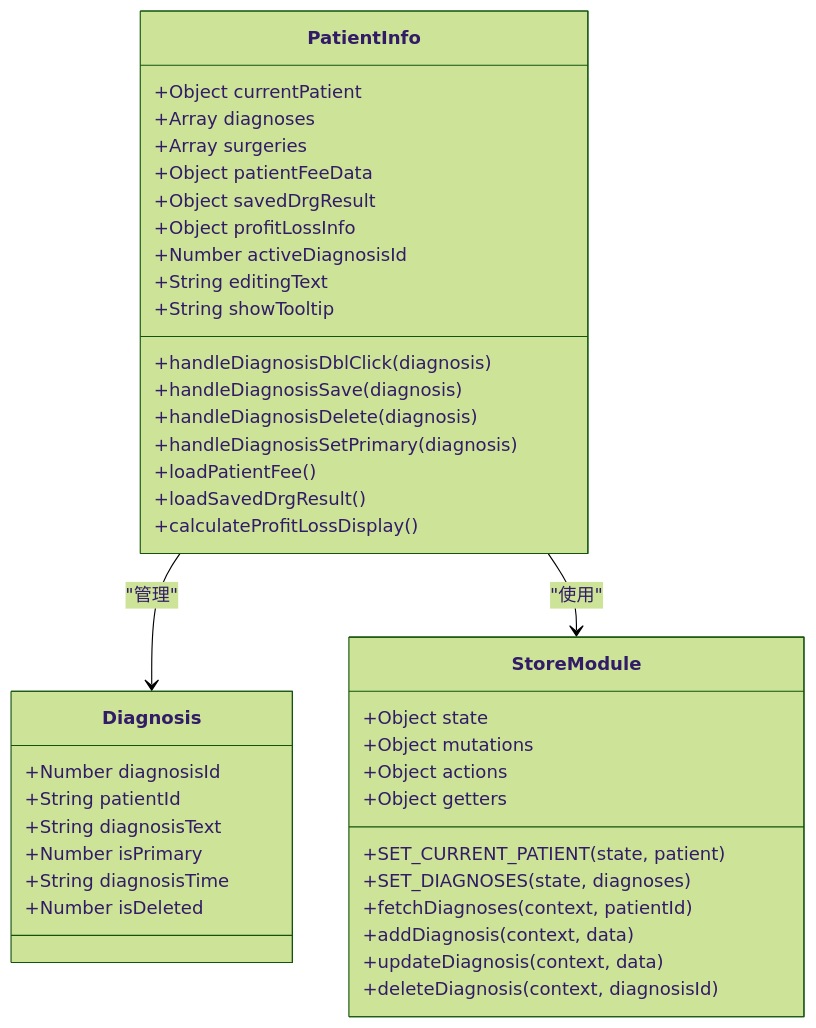
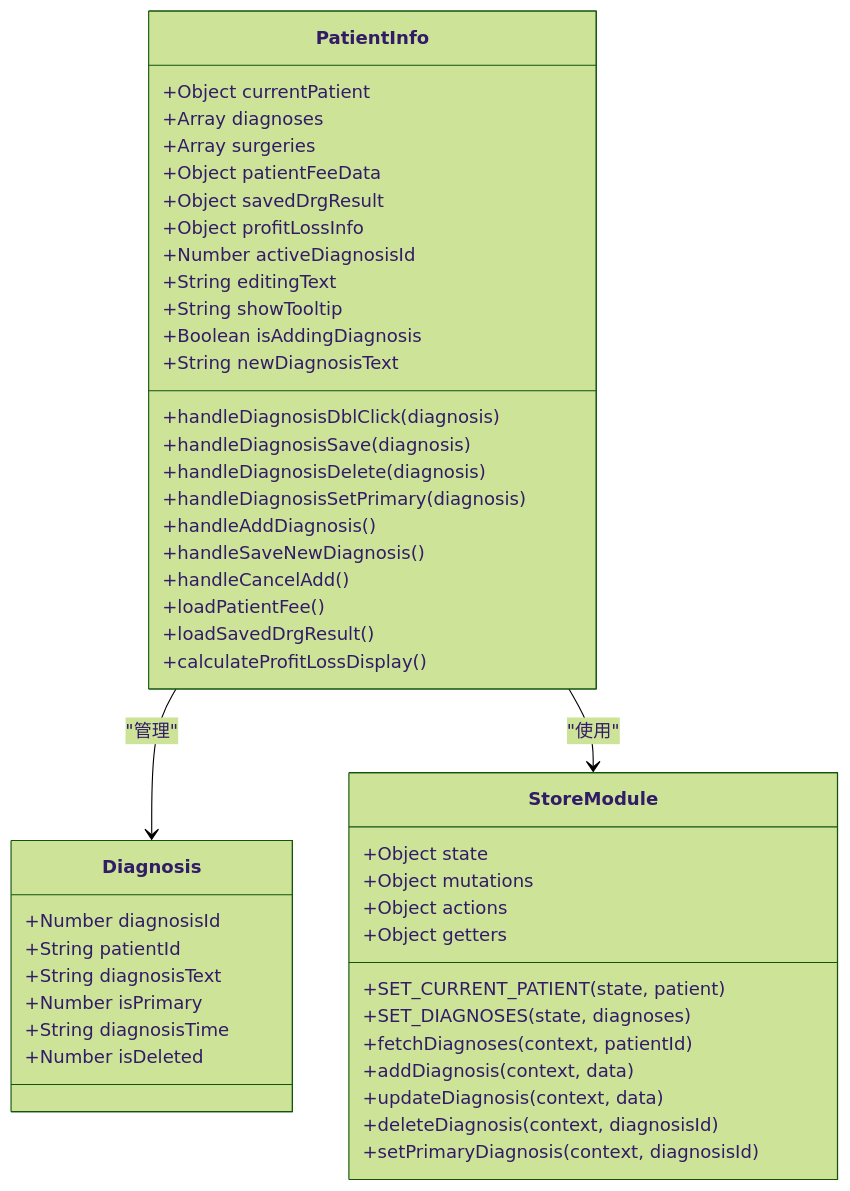
Before and after one commit to liuzh2008/med_ai_assistant_workspace: the second of 6 diagrams in .qoder/repowiki/zh/content/核心功能模块/诊断编辑面板增强.md, drawn with Mermaid (forest theme). The commit also changed other lines of this file and 2 other files, not shown here.

````diff
--- a/.qoder/repowiki/zh/content/核心功能模块/诊断编辑面板增强.md
+++ b/.qoder/repowiki/zh/content/核心功能模块/诊断编辑面板增强.md
@@ -91,43 +102,49 @@
 ```mermaid
 classDiagram
 class PatientInfo {
 +Object currentPatient
 +Array diagnoses
 +Array surgeries
 +Object patientFeeData
 +Object savedDrgResult
 +Object profitLossInfo
 +Number activeDiagnosisId
 +String editingText
 +String showTooltip
++Boolean isAddingDiagnosis
++String newDiagnosisText
 +handleDiagnosisDblClick(diagnosis)
 +handleDiagnosisSave(diagnosis)
 +handleDiagnosisDelete(diagnosis)
 +handleDiagnosisSetPrimary(diagnosis)
++handleAddDiagnosis()
++handleSaveNewDiagnosis()
++handleCancelAdd()
 +loadPatientFee()
 +loadSavedDrgResult()
 +calculateProfitLossDisplay()
 }
 class Diagnosis {
 +Number diagnosisId
 +String patientId
 +String diagnosisText
 +Number isPrimary
 +String diagnosisTime
 +Number isDeleted
 }
 class StoreModule {
 +Object state
 +Object mutations
 +Object actions
 +Object getters
 +SET_CURRENT_PATIENT(state, patient)
 +SET_DIAGNOSES(state, diagnoses)
 +fetchDiagnoses(context, patientId)
 +addDiagnosis(context, data)
 +updateDiagnosis(context, data)
 +deleteDiagnosis(context, diagnosisId)
++setPrimaryDiagnosis(context, diagnosisId)
 }
 PatientInfo --> Diagnosis : "管理"
 PatientInfo --> StoreModule : "使用"
 ```
````
